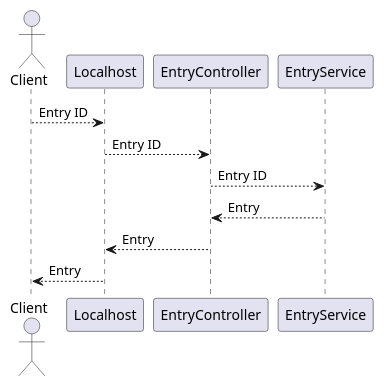
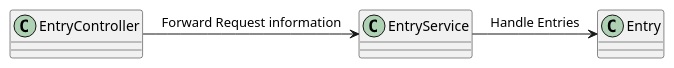
One commit to HaasFynn/quarkus-punchclock changed the diagram in diagram/classes.puml. Above: the diagram before and after it, drawn with PlantUML.

Commit message:
improve classes.puml

```diff
--- a/diagram/classes.puml
+++ b/diagram/classes.puml
@@ -1,14 +1,11 @@
 @startuml
-actor Client
-participant Localhost
-participant EntryController
-participant EntryService
+'https://plantuml.com/class-diagram
 
-Client --> Localhost : Entry ID
-Localhost --> EntryController: Entry ID
-EntryController --> EntryService : Entry ID
-EntryService --> EntryController : Entry
-EntryController --> Localhost : Entry
-Localhost --> Client : Entry
+class EntryController
+class EntryService
+class Entry
+
+EntryController -> EntryService: Forward Request information
+EntryService -> Entry: Handle Entries
 
 @enduml
```
